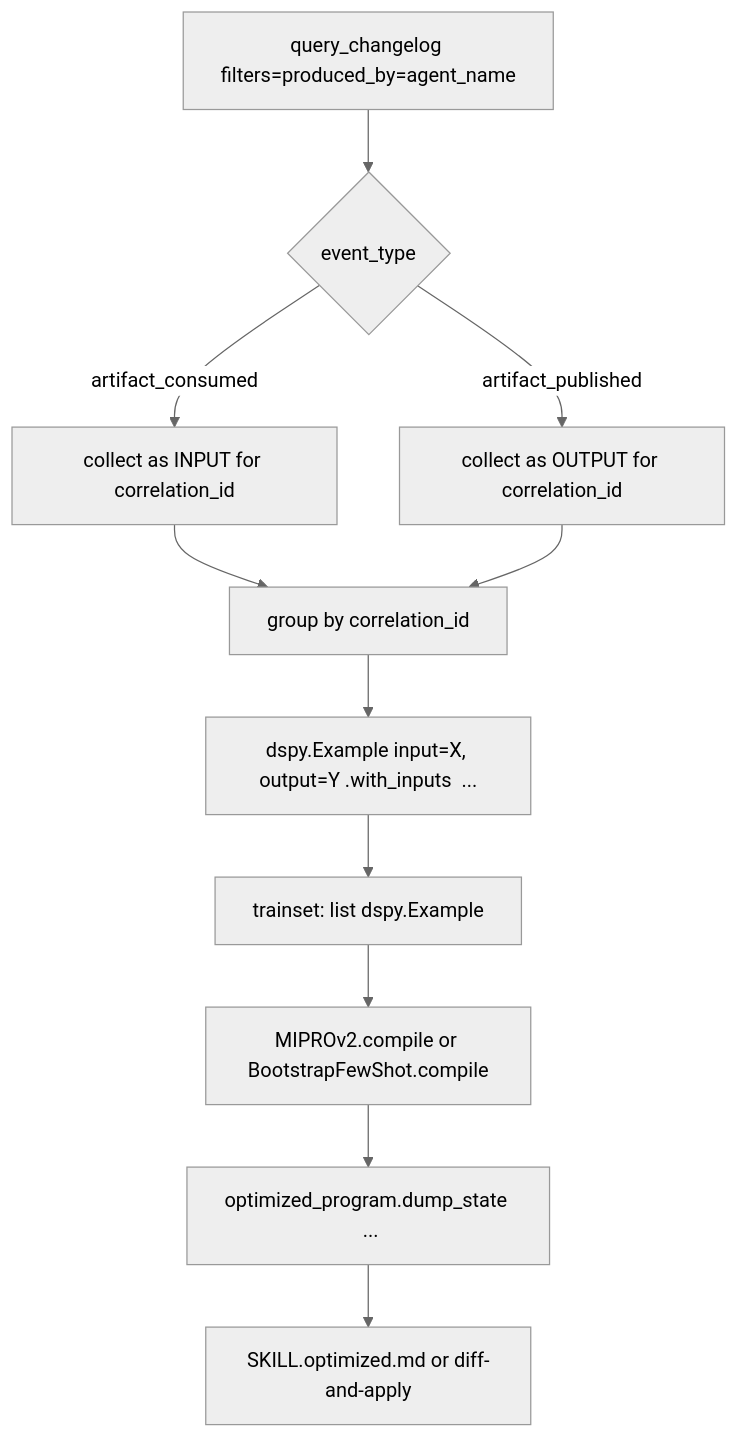
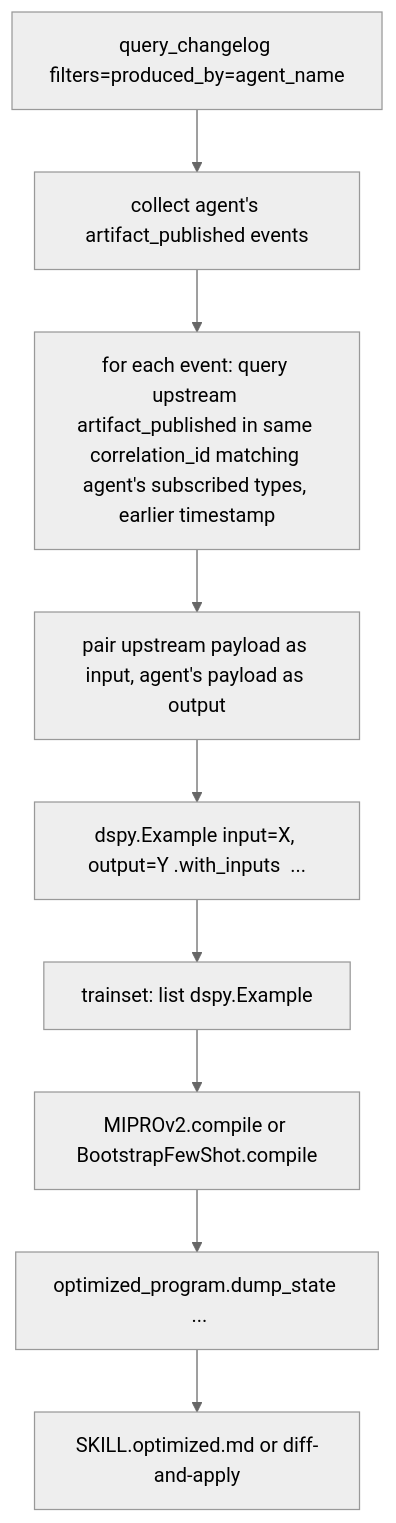
One commit to whiteducksoftware/flock changed the second of 2 diagrams in docs/plans/2026-04-17-001-feat-agent-skills-internal-flock-plan.md. Above: the diagram before and after it, drawn with Mermaid (neutral theme). The commit also changed other lines of this file and 3 other files, not shown here.

````diff
--- a/docs/plans/2026-04-17-001-feat-agent-skills-internal-flock-plan.md
+++ b/docs/plans/2026-04-17-001-feat-agent-skills-internal-flock-plan.md
@@ -245,13 +241,11 @@
 ```mermaid
 graph TD
-    A[query_changelog filters=produced_by=agent_name] --> B{event_type}
-    B -->|artifact_consumed| C[collect as INPUT for correlation_id]
-    B -->|artifact_published| D[collect as OUTPUT for correlation_id]
-    C --> E[group by correlation_id]
-    D --> E
-    E --> F[dspy.Example input=X, output=Y .with_inputs  ...]
-    F --> G[trainset: list dspy.Example]
-    G --> H[MIPROv2.compile or BootstrapFewShot.compile]
-    H --> I[optimized_program.dump_state  ...]
-    I --> J[SKILL.optimized.md or diff-and-apply]
+    A[query_changelog filters=produced_by=agent_name] --> B[collect agent's artifact_published events]
+    B --> C[for each event: query upstream artifact_published in same correlation_id matching agent's subscribed types, earlier timestamp]
+    C --> D[pair upstream payload as input, agent's payload as output]
+    D --> E[dspy.Example input=X, output=Y .with_inputs  ...]
+    E --> F[trainset: list dspy.Example]
+    F --> G[MIPROv2.compile or BootstrapFewShot.compile]
+    G --> H[optimized_program.dump_state  ...]
+    H --> I[SKILL.optimized.md or diff-and-apply]
 ```
````
